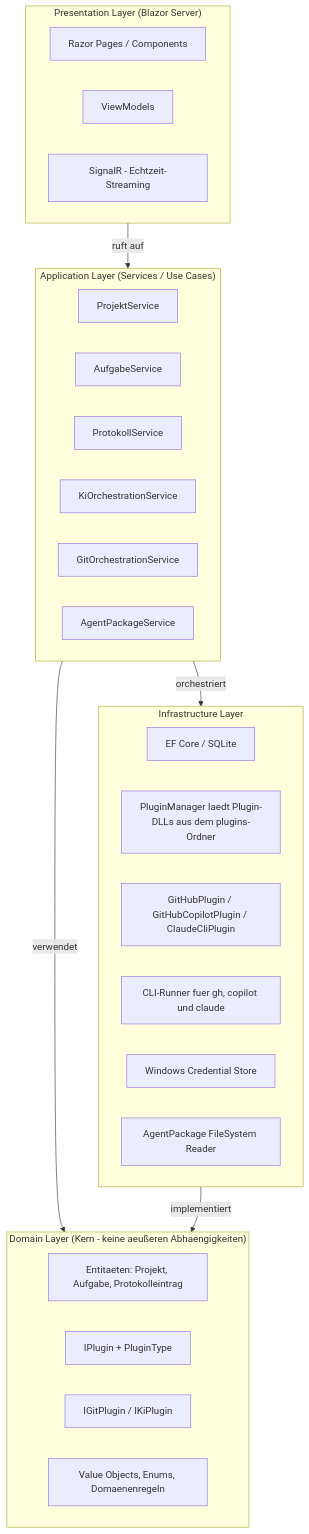
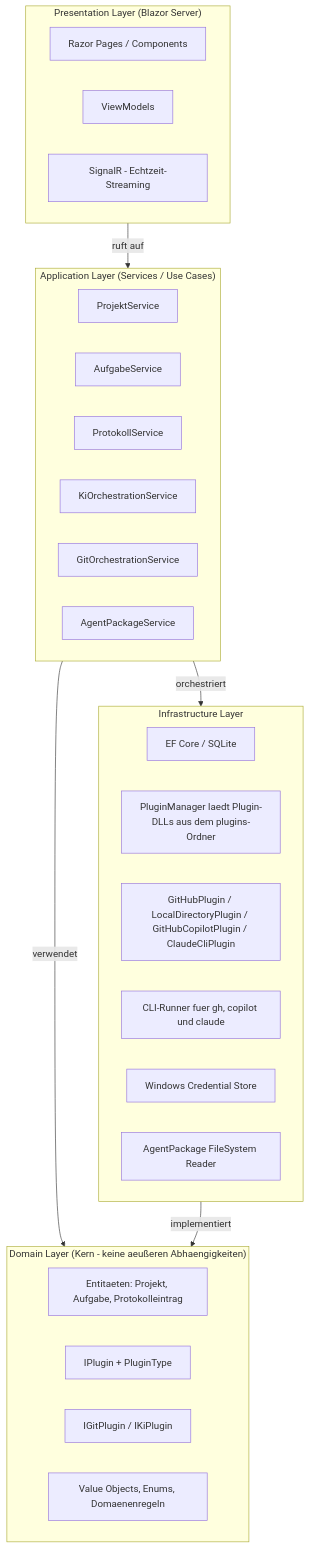
Before and after one commit to martin-stromberg/Softwareschmiede: the diagram in README.md, drawn with Mermaid. The commit also changed other lines of this file and 40 other files, not shown here.

````diff
--- a/README.md
+++ b/README.md
@@ -395,38 +422,38 @@
 ```mermaid
 flowchart TB
     subgraph Presentation["Presentation Layer (Blazor Server)"]
         PRL1["Razor Pages / Components"]
         PRL2["ViewModels"]
         PRL3["SignalR - Echtzeit-Streaming"]
     end
 
     subgraph Application["Application Layer (Services / Use Cases)"]
         APL1["ProjektService"]
         APL2["AufgabeService"]
         APL3["ProtokollService"]
         APL4["KiOrchestrationService"]
         APL5["GitOrchestrationService"]
         APL6["AgentPackageService"]
     end
 
     subgraph Domain["Domain Layer (Kern - keine aeußeren Abhaengigkeiten)"]
         DOL1["Entitaeten: Projekt, Aufgabe, Protokolleintrag"]
         DOL2["IPlugin + PluginType"]
         DOL3["IGitPlugin / IKiPlugin"]
         DOL4["Value Objects, Enums, Domaenenregeln"]
     end
  
     subgraph Infrastructure["Infrastructure Layer"]
         INL1["EF Core / SQLite"]
         INL2["PluginManager laedt Plugin-DLLs aus dem plugins-Ordner"]
-        INL3["GitHubPlugin / GitHubCopilotPlugin / ClaudeCliPlugin"]
+        INL3["GitHubPlugin / LocalDirectoryPlugin / GitHubCopilotPlugin / ClaudeCliPlugin"]
         INL4["CLI-Runner fuer gh, copilot und claude"]
         INL5["Windows Credential Store"]
         INL6["AgentPackage FileSystem Reader"]
     end
 
     Presentation -->|ruft auf| Application
     Application -->|verwendet| Domain
     Application -->|orchestriert| Infrastructure
     Infrastructure -->|implementiert| Domain
 ```
````
